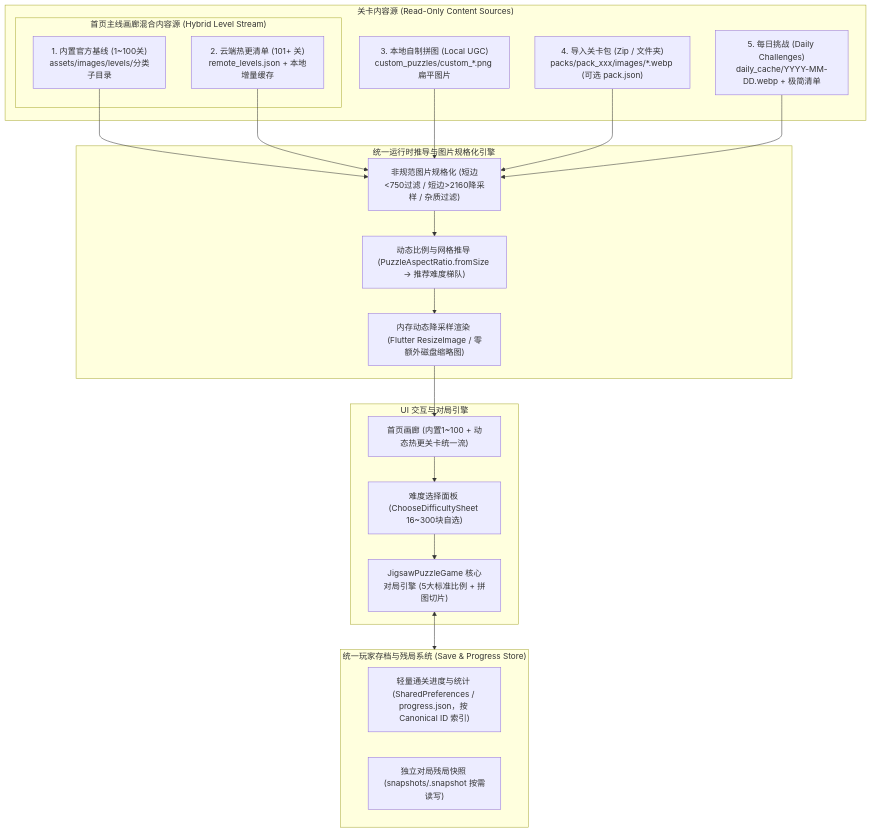
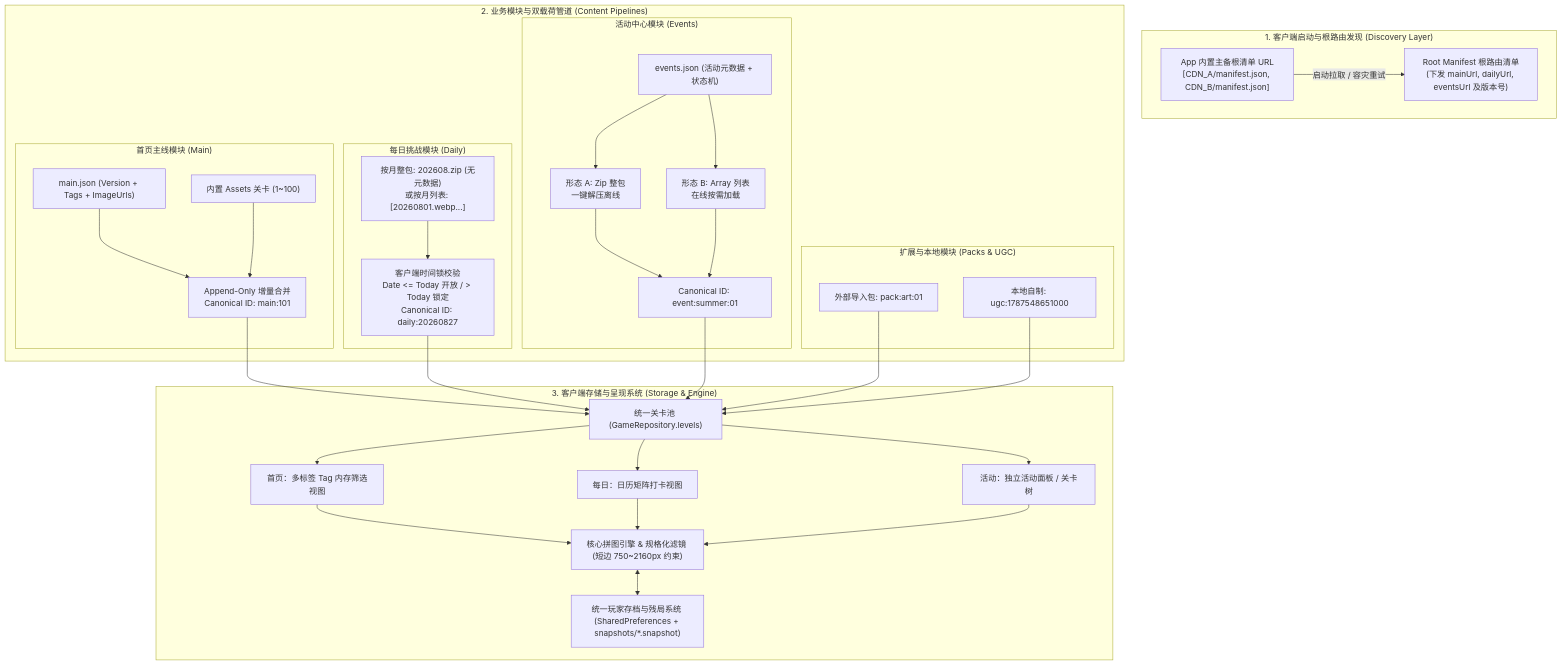
The diagram in docs/puzzle-content-storage-and-expansion-design.md (mcxiaoke/jigsaw-fox), drawn with Mermaid before and after one commit. The commit also changed other lines of this file and 33 other files, not shown here.

First line of the commit message:
feat(content): implement root manifest routing, dynamic content pipelines, and multi-tab system

````diff
--- a/docs/puzzle-content-storage-and-expansion-design.md
+++ b/docs/puzzle-content-storage-and-expansion-design.md
@@ -20,36 +21,48 @@
 ```mermaid
 flowchart TD
-    subgraph ContentSources["关卡内容源 (Read-Only Content Sources)"]
-        subgraph HybridGallery["首页主线画廊混合内容源 (Hybrid Level Stream)"]
-            A1["1. 内置官方基线 (1~100关)<br/>assets/images/levels/分类子目录"]
-            A2["2. 云端热更清单 (101+ 关)<br/>remote_levels.json + 本地增量缓存"]
-        end
-        B["3. 本地自制拼图 (Local UGC)<br/>custom_puzzles/custom_*.png 扁平图片"]
-        C["4. 导入关卡包 (Zip / 文件夹)<br/>packs/pack_xxx/images/*.webp (可选 pack.json)"]
-        D["5. 每日挑战 (Daily Challenges)<br/>daily_cache/YYYY-MM-DD.webp + 极简清单"]
+    subgraph BootDiscovery["1. 客户端启动与根路由发现 (Discovery Layer)"]
+        A["App 内置主备根清单 URL<br/>[CDN_A/manifest.json, CDN_B/manifest.json]"]
+        B["Root Manifest 根路由清单<br/>(下发 mainUrl, dailyUrl, eventsUrl 及版本号)"]
+        A -->|启动拉取 / 容灾重试| B
     end
 
-    subgraph RuntimeEngine["统一运行时推导与图片规格化引擎"]
-        E["非规范图片规格化 (短边<750过滤 / 短边>2160降采样 / 杂质过滤)"]
-        F["动态比例与网格推导 (PuzzleAspectRatio.fromSize -> 推荐难度梯队)"]
-        G["内存动态降采样渲染 (Flutter ResizeImage / 零额外磁盘缩略图)"]
+    subgraph ModulePipelines["2. 业务模块与双载荷管道 (Content Pipelines)"]
+        subgraph MainModule["首页主线模块 (Main)"]
+            C1["main.json (Version + Tags + ImageUrls)"]
+            C2["内置 Assets 关卡 (1~100)"]
+            C1 & C2 --> C3["Append-Only 增量合并<br/>Canonical ID: main:101"]
+        end
+
+        subgraph DailyModule["每日挑战模块 (Daily)"]
+            D1["按月整包: 202608.zip (无元数据)<br/>或按月列表: [20260801.webp...]"]
+            D2["客户端时间锁校验<br/>Date <= Today 开放 / > Today 锁定<br/>Canonical ID: daily:20260827"]
+            D1 --> D2
+        end
+
+        subgraph EventsModule["活动中心模块 (Events)"]
+            E1["events.json (活动元数据 + 状态机)"]
+            E2A["形态 A: Zip 整包<br/>一键解压离线"]
+            E2B["形态 B: Array 列表<br/>在线按需加载"]
+            E1 --> E2A & E2B
+            E2A & E2B --> E3["Canonical ID: event:summer:01"]
+        end
+
+        subgraph LocalPacks["扩展与本地模块 (Packs & UGC)"]
+            F1["外部导入包: pack:art:01"]
+            F2["本地自制: ugc:1787548651000"]
+        end
     end
 
-    subgraph SaveSystem["统一玩家存档与残局系统 (Save & Progress Store)"]
-        H["轻量通关进度与统计 (SharedPreferences / progress.json，按 Canonical ID 索引)"]
-        I["独立对局残局快照 (snapshots/<sanitized_id>.snapshot 按需读写)"]
+    subgraph RuntimeStorage["3. 客户端存储与呈现系统 (Storage & Engine)"]
+        G["统一关卡池 (GameRepository.levels)"]
+        H["首页：多标签 Tag 内存筛选视图"]
+        I["每日：日历矩阵打卡视图"]
+        J["活动：独立活动面板 / 关卡树"]
+        K["核心拼图引擎 & 规格化滤镜 (短边 750~2160px 约束)"]
+        L["统一玩家存档与残局系统 (SharedPreferences + snapshots/*.snapshot)"]
     end
 
-    subgraph Presentation["UI 交互与对局引擎"]
-        J["首页画廊 (内置1~100 + 动态热更关卡统一流)"]
-        K["难度选择面板 (ChooseDifficultySheet 16~300块自选)"]
-        L["JigsawPuzzleGame 核心对局引擎 (5大标准比例 + 拼图切片)"]
-    end
-
-    A1 & A2 --> E
-    B & C & D --> E
-    E --> F
-    F --> G --> J
-    J --> K --> L
-    L <--> SaveSystem
+    C3 & D2 & E3 & F1 & F2 --> G
+    G --> H & I & J --> K
+    K <--> L
 ```
````
